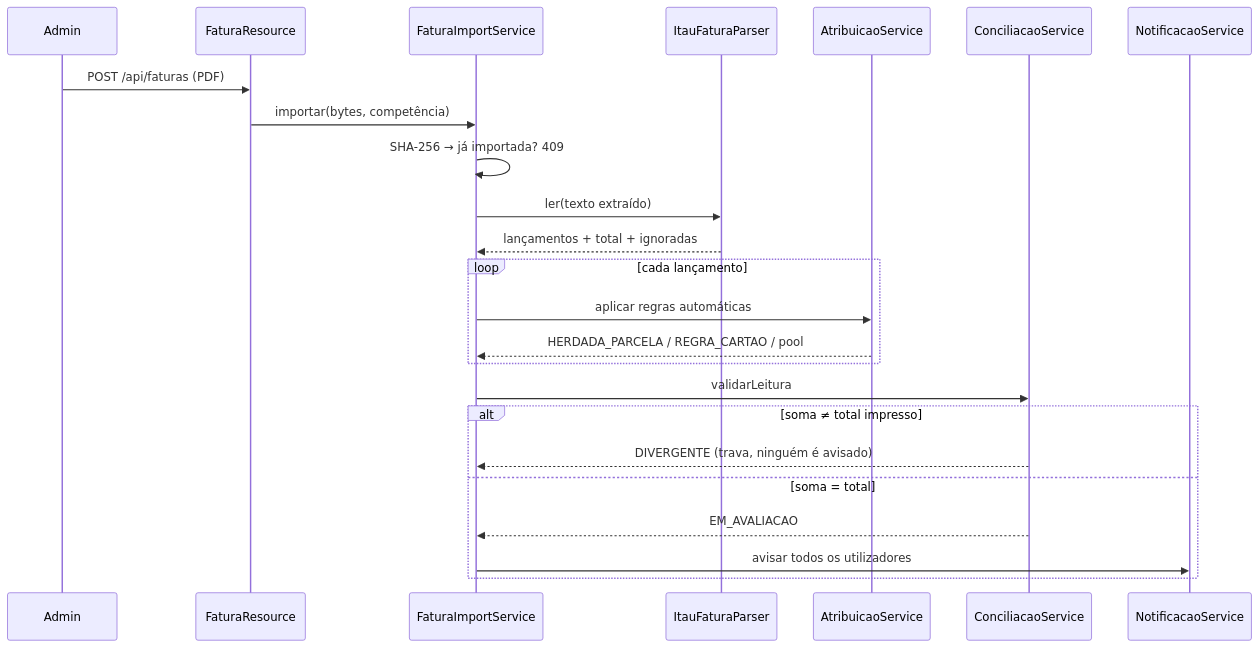
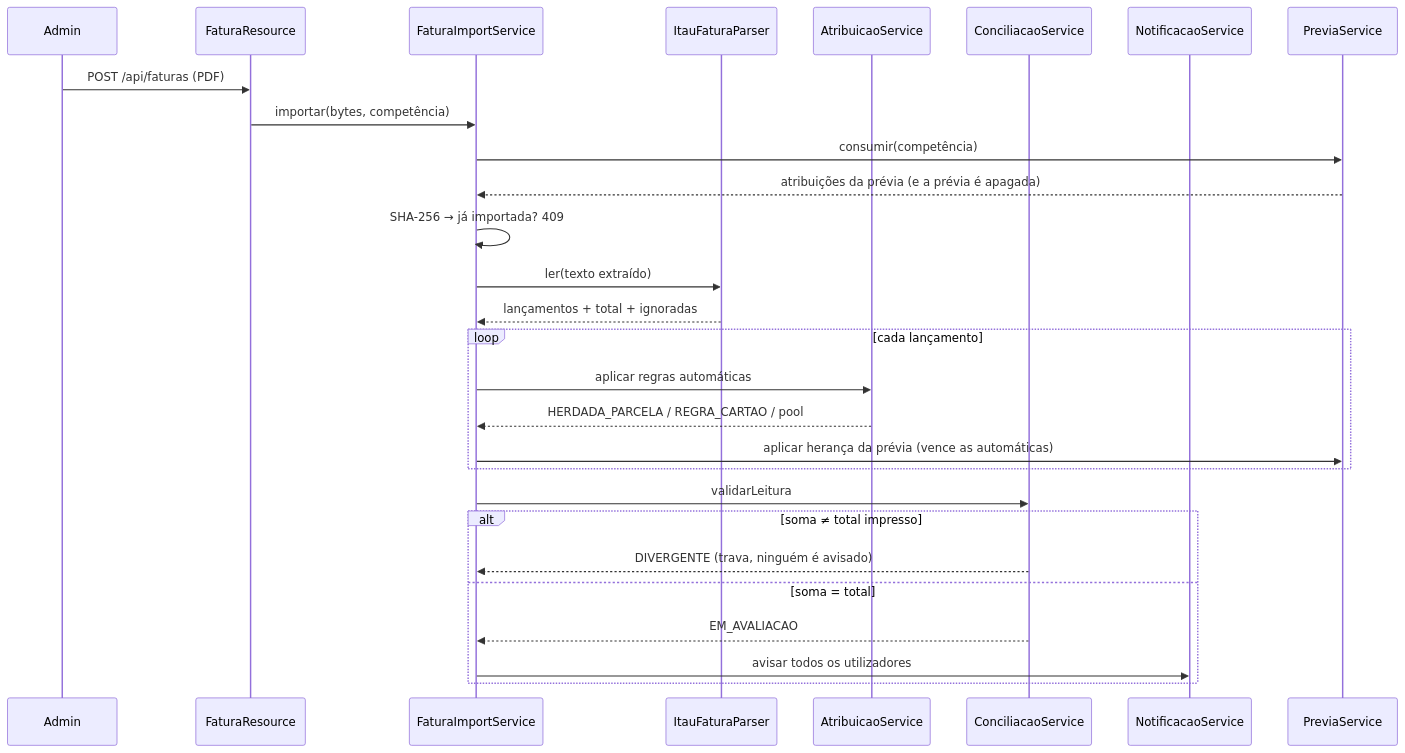
One commit to daniloav/jcardapp changed the second of 2 diagrams in docs/ARQUITETURA.md. Above: the diagram before and after it, drawn with Mermaid. The commit also changed other lines of this file and 22 other files, not shown here.

````diff
--- a/docs/ARQUITETURA.md
+++ b/docs/ARQUITETURA.md
@@ -83,27 +83,32 @@
 ```mermaid
 sequenceDiagram
     participant A as Admin
     participant R as FaturaResource
     participant I as FaturaImportService
     participant P as ItauFaturaParser
     participant T as AtribuicaoService
     participant C as ConciliacaoService
     participant N as NotificacaoService
 
+    participant V as PreviaService
+
     A->>R: POST /api/faturas (PDF)
     R->>I: importar(bytes, competência)
+    I->>V: consumir(competência)
+    V-->>I: atribuições da prévia (e a prévia é apagada)
     I->>I: SHA-256 → já importada? 409
     I->>P: ler(texto extraído)
     P-->>I: lançamentos + total + ignoradas
     loop cada lançamento
         I->>T: aplicar regras automáticas
         T-->>I: HERDADA_PARCELA / REGRA_CARTAO / pool
+        I->>V: aplicar herança da prévia (vence as automáticas)
     end
     I->>C: validarLeitura
     alt soma ≠ total impresso
         C-->>I: DIVERGENTE (trava, ninguém é avisado)
     else soma = total
         C-->>I: EM_AVALIACAO
         I->>N: avisar todos os utilizadores
     end
 ```
````
